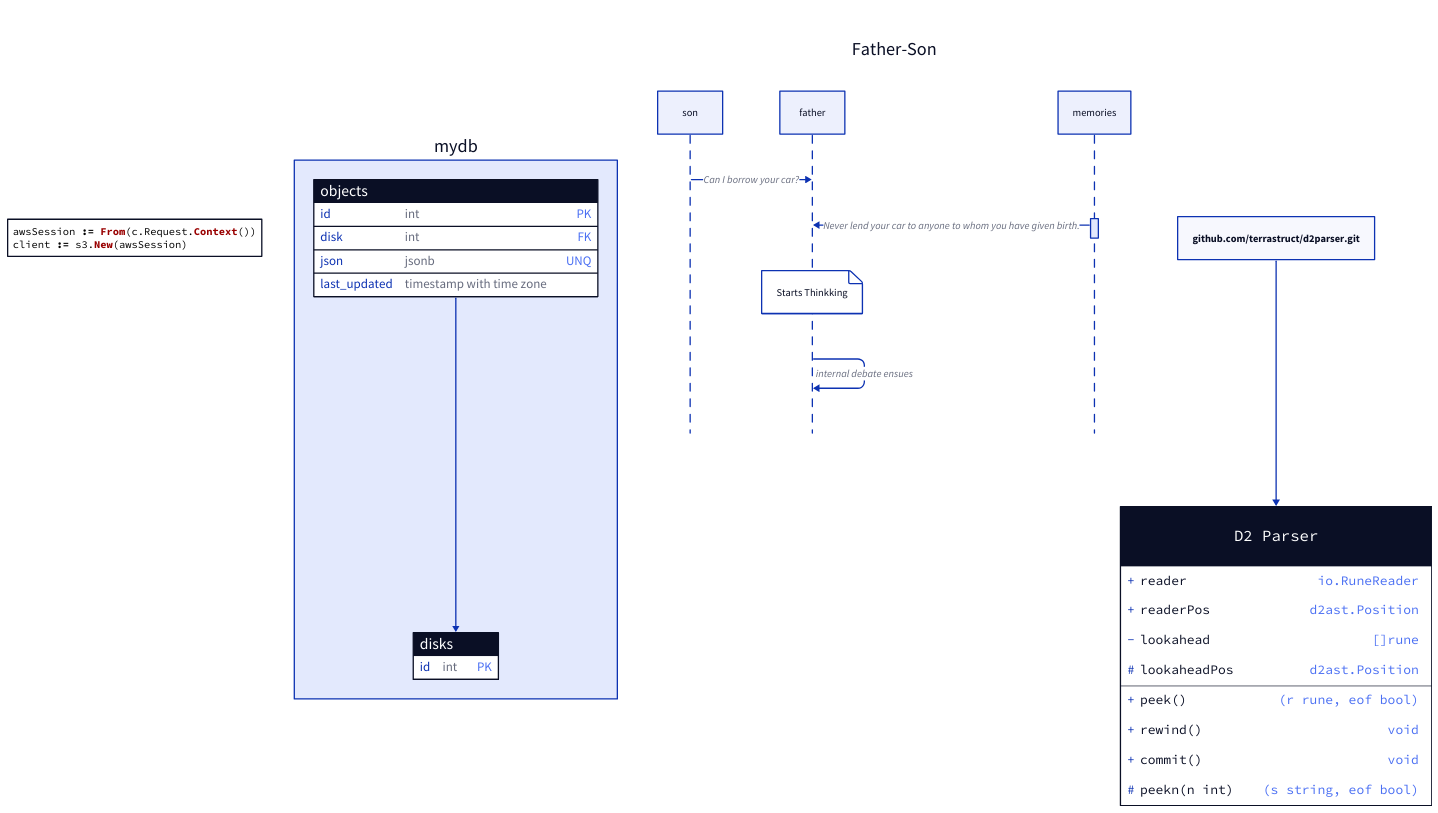
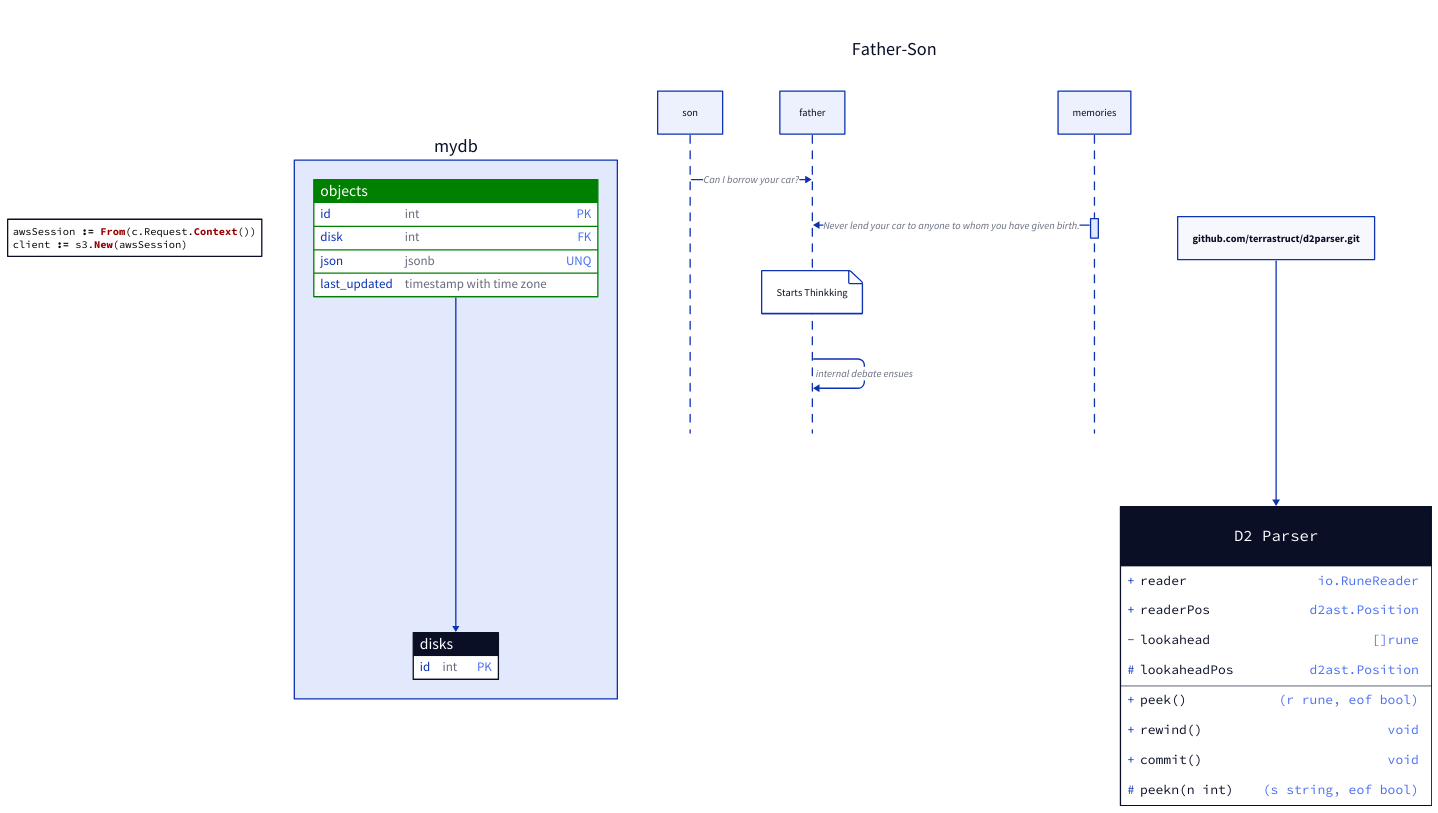
One commit to amanhigh/go-fun changed the diagram in components/learn/tools/d2lang/special.d2. Above: the diagram before and after it, drawn with D2.

Commit message:
Added Table Style

```diff
--- a/components/learn/tools/d2lang/special.d2
+++ b/components/learn/tools/d2lang/special.d2
@@ -1,60 +1,60 @@
 # Code: https://d2lang.com/tour/text#code
 code: |go
   awsSession := From(c.Request.Context())
   client := s3.New(awsSession)
 |
 
+# Tables: https://d2lang.com/tour/sql-tables
+mydb: {
+  objects: {
+    shape: sql_table
+    id: int {constraint: primary_key}
+    disk: int {constraint: foreign_key}
 
-#Tables: https://d2lang.com/tour/sql-tables
-mydb: {
-    objects: {
-        shape: sql_table
-        id: int {constraint: primary_key}
-        disk: int {constraint: foreign_key}
+    json: jsonb {constraint: unique}
+    last_updated: timestamp with time zone
+    style.fill: green
+  }
 
-        json: jsonb  {constraint: unique}
-        last_updated: timestamp with time zone
-    }
+  disks: {
+    shape: sql_table
+    id: int {constraint: primary_key}
+  }
 
-    disks: {
-        shape: sql_table
-        id: int {constraint: primary_key}
-    }
-
-    objects.disk -> disks.id
+  objects.disk -> disks.id
 }
 
 # UML: https://d2lang.com/tour/uml-classes
 D2 Parser: {
-shape: class
+  shape: class
 
-# Default visibility is + so no need to specify.
-+reader: io.RuneReader
-readerPos: d2ast.Position
+  # Default visibility is + so no need to specify.
+  +reader: io.RuneReader
+  readerPos: d2ast.Position
 
-# Private field.
--lookahead: "[]rune"
+  # Private field.
+  -lookahead: "[]rune"
 
-# Protected field.
-# We have to escape the # to prevent the line from being parsed as a comment.
-\#lookaheadPos: d2ast.Position
+  # Protected field.
+  # We have to escape the # to prevent the line from being parsed as a comment.
+  \#lookaheadPos: d2ast.Position
 
-+peek(): (r rune, eof bool)
-rewind()
-commit()
+  +peek(): (r rune, eof bool)
+  rewind()
+  commit()
 
-\#peekn(n int): (s string, eof bool)
+  \#peekn(n int): (s string, eof bool)
 }
 
 "github.com/terrastruct/d2parser.git" -> D2 Parser
 
 # Sequence: https://d2lang.com/tour/sequence-diagrams
-Father-Son:{
-    shape: sequence_diagram
-    son -> father: Can I borrow your car?
-    memories: {
-        friend -> father: Never lend your car to anyone to whom you have given birth.
-        father."Starts Thinkking"
-        father -> father: internal debate ensues
-    }
+Father-Son: {
+  shape: sequence_diagram
+  son -> father: Can I borrow your car?
+  memories: {
+    friend -> father: Never lend your car to anyone to whom you have given birth.
+    father."Starts Thinkking"
+    father -> father: internal debate ensues
+  }
 }
```
